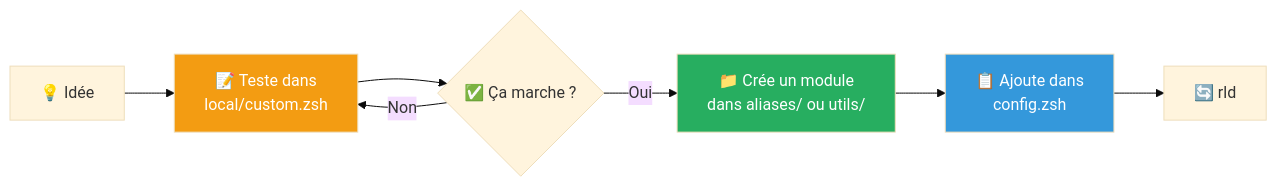
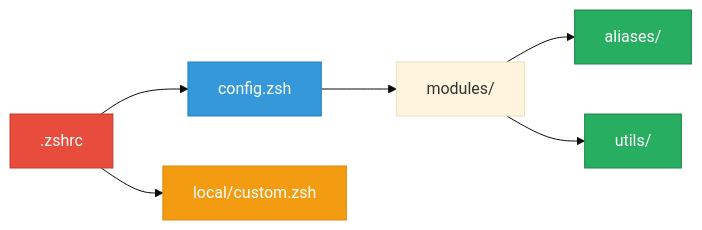
One commit to yanix2445/zsh-boost changed the diagram in README.md. Above: the diagram before and after it, drawn with Mermaid (base theme). The commit also changed other lines of this file, not shown here.

Commit message:
docs(readme): Version épurée, 1 diagramme, design aéré et moderne

````diff
--- a/README.md
+++ b/README.md
@@ -234,13 +43,15 @@
 ```mermaid
 flowchart LR
-    A["💡 Idée"] --> B["📝 Teste dans<br/>local/custom.zsh"]
-    B --> C{"✅ Ça marche ?"}
-    C --> |"Oui"| D["📁 Crée un module<br/>dans aliases/ ou utils/"]
-    C --> |"Non"| B
-    D --> E["📋 Ajoute dans<br/>config.zsh"]
-    E --> F["🔄 rld"]
+    A[".zshrc"] --> B["config.zsh"]
+    B --> C["modules/"]
+    A --> D["local/custom.zsh"]
     
-    style B fill:#f39c12,color:#fff
-    style D fill:#27ae60,color:#fff
-    style E fill:#3498db,color:#fff
+    C --> E["aliases/"]
+    C --> F["utils/"]
+
+    style A fill:#e74c3c,stroke:#c0392b,color:#fff
+    style B fill:#3498db,stroke:#2980b9,color:#fff
+    style D fill:#f39c12,stroke:#d68910,color:#fff
+    style E fill:#27ae60,stroke:#1e8449,color:#fff
+    style F fill:#27ae60,stroke:#1e8449,color:#fff
 ```
````
